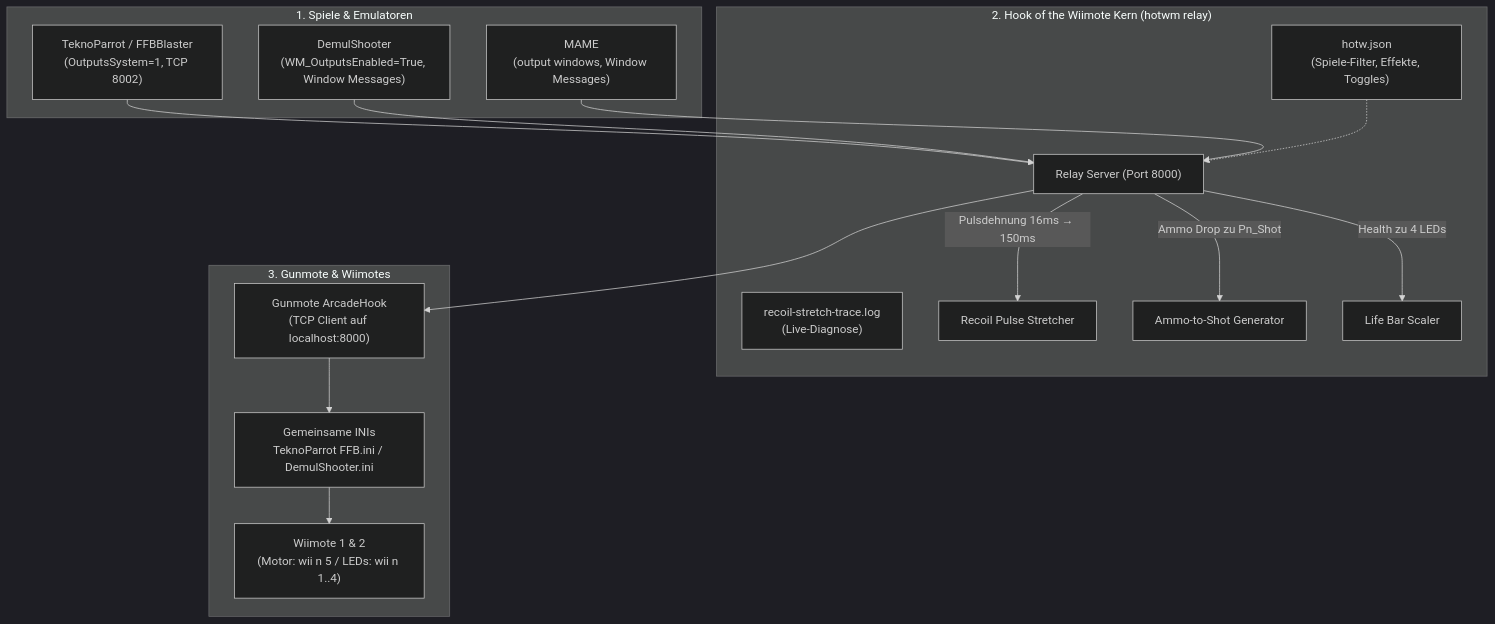
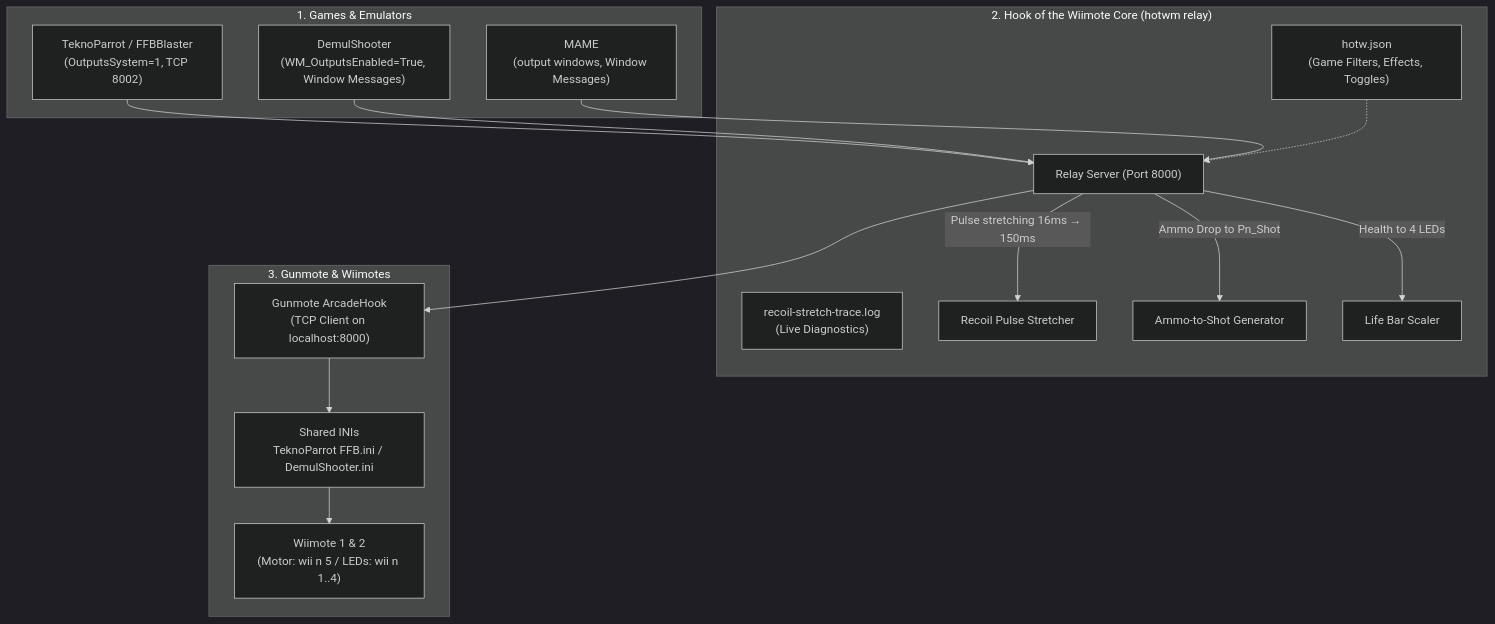
Before and after one commit to kburna243/frieds-hotwm: the diagram in README.md, drawn with Mermaid (dark theme). The commit also changed other lines of this file and 5 other files, not shown here.

````diff
--- a/README.md
+++ b/README.md
@@ -24,32 +28,32 @@
 ```mermaid
 flowchart TD
-    subgraph Emulatoren["1. Spiele & Emulatoren"]
+    subgraph Emulators["1. Games & Emulators"]
         TP["TeknoParrot / FFBBlaster<br/>(OutputsSystem=1, TCP 8002)"]
         DS["DemulShooter<br/>(WM_OutputsEnabled=True, Window Messages)"]
         MAME["MAME<br/>(output windows, Window Messages)"]
     end
 
-    subgraph HotW["2. Hook of the Wiimote Kern (hotwm relay)"]
+    subgraph HotW["2. Hook of the Wiimote Core (hotwm relay)"]
         Relay["Relay Server (Port 8000)"]
-        Config["hotw.json<br/>(Spiele-Filter, Effekte, Toggles)"]
-        Trace["recoil-stretch-trace.log<br/>(Live-Diagnose)"]
+        Config["hotw.json<br/>(Game Filters, Effects, Toggles)"]
+        Trace["recoil-stretch-trace.log<br/>(Live Diagnostics)"]
         
-        Relay -->|Pulsdehnung 16ms → 150ms| Pulser["Recoil Pulse Stretcher"]
-        Relay -->|Ammo Drop zu Pn_Shot| Ammo["Ammo-to-Shot Generator"]
-        Relay -->|Health zu 4 LEDs| Health["Life Bar Scaler"]
+        Relay -->|Pulse stretching 16ms → 150ms| Pulser["Recoil Pulse Stretcher"]
+        Relay -->|Ammo Drop to Pn_Shot| Ammo["Ammo-to-Shot Generator"]
+        Relay -->|Health to 4 LEDs| Health["Life Bar Scaler"]
     end
 
     subgraph Hardware["3. Gunmote & Wiimotes"]
-        GHook["Gunmote ArcadeHook<br/>(TCP Client auf localhost:8000)"]
-        INIs["Gemeinsame INIs<br/>TeknoParrot FFB.ini / DemulShooter.ini"]
+        GHook["Gunmote ArcadeHook<br/>(TCP Client on localhost:8000)"]
+        INIs["Shared INIs<br/>TeknoParrot FFB.ini / DemulShooter.ini"]
         Wiimotes["Wiimote 1 & 2<br/>(Motor: wii n 5 / LEDs: wii n 1..4)"]
     end
 
     TP --> Relay
     DS --> Relay
     MAME --> Relay
     Config -.-> Relay
     Relay --> GHook
     GHook --> INIs
     INIs --> Wiimotes
 ```
````
